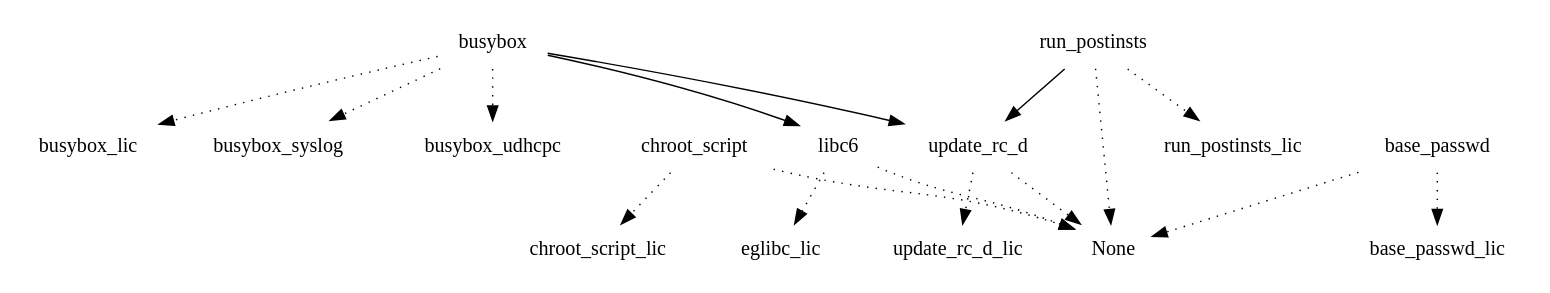
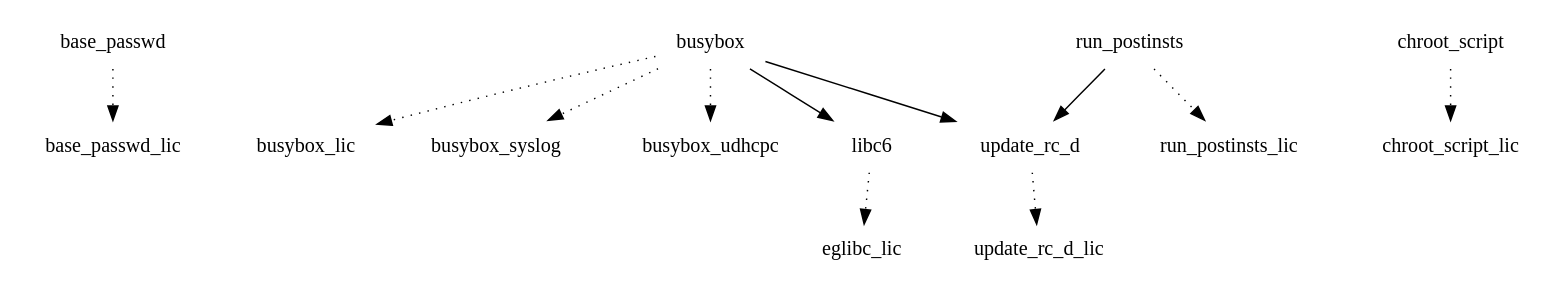
The diagram in images/tuna/eglibc/chroot-image/depends.dot (webOS-ports/buildhistory), drawn with Graphviz before and after one commit. The commit also changed 8 other files, not shown here.

```diff
--- a/images/tuna/eglibc/chroot-image/depends.dot
+++ b/images/tuna/eglibc/chroot-image/depends.dot
@@ -1,19 +1,14 @@
 digraph depends {
     node [shape=plaintext]
-base_passwd -> None [style=dotted];
 base_passwd -> base_passwd_lic [style=dotted];
 busybox -> busybox_lic [style=dotted];
 busybox -> busybox_syslog [style=dotted];
 busybox -> busybox_udhcpc [style=dotted];
 busybox -> libc6;
 busybox -> update_rc_d;
-chroot_script -> None [style=dotted];
 chroot_script -> chroot_script_lic [style=dotted];
-libc6 -> None [style=dotted];
 libc6 -> eglibc_lic [style=dotted];
-run_postinsts -> None [style=dotted];
 run_postinsts -> run_postinsts_lic [style=dotted];
 run_postinsts -> update_rc_d;
-update_rc_d -> None [style=dotted];
 update_rc_d -> update_rc_d_lic [style=dotted];
 }
```
